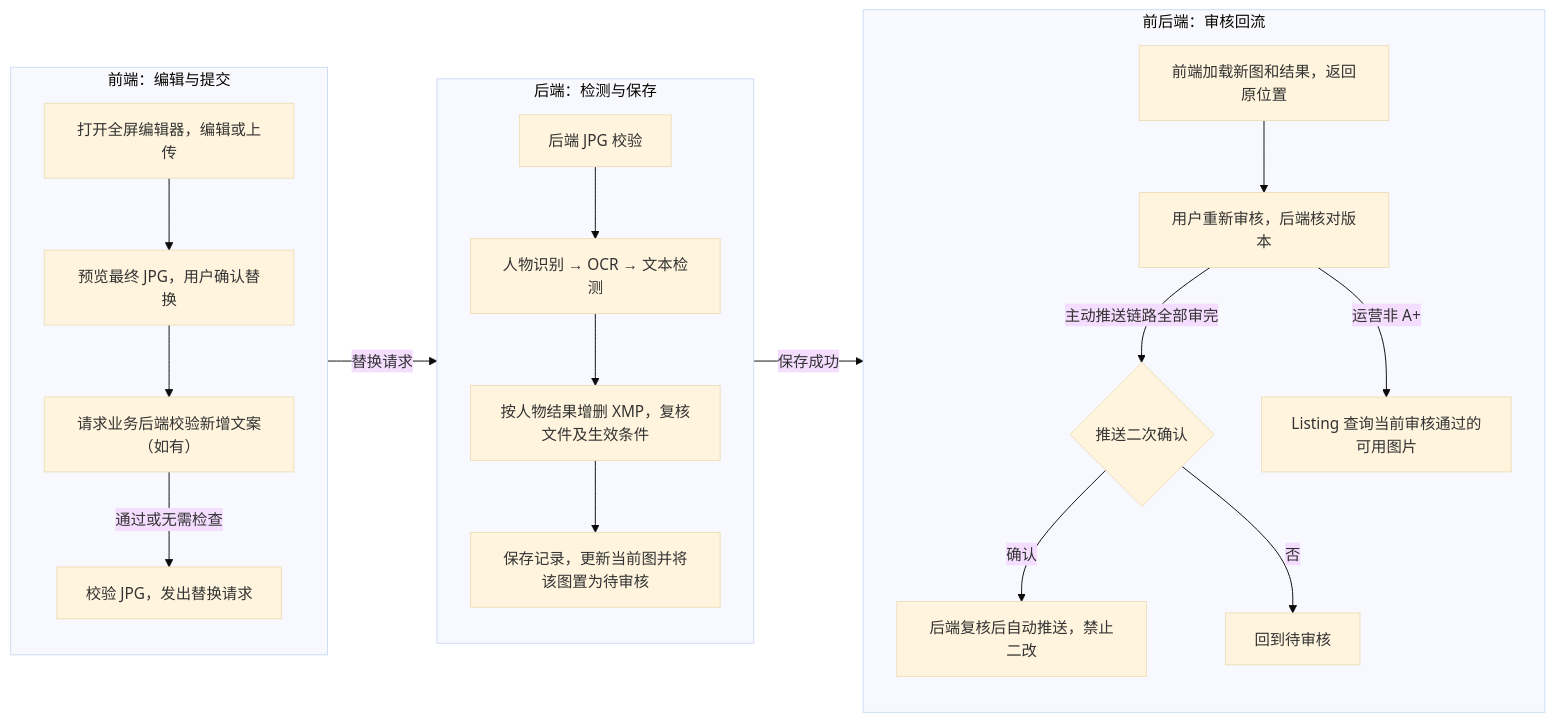
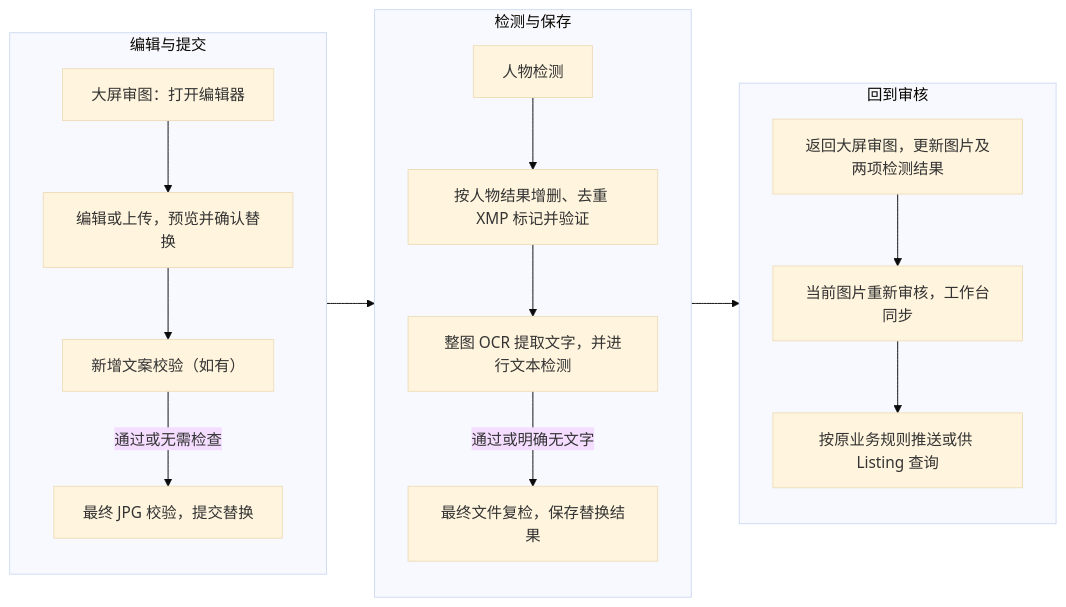
Before and after one commit to xuqiang97/ai-image-prd-hub: the diagram in prd/2026-09/M-37218-image-secondary-editing/README.md, drawn with Mermaid (base theme). The commit also changed other lines of this file, not shown here.

Commit message:
docs: align M-37218 review flow and XMP processing order (#37)

````diff
--- a/prd/2026-09/M-37218-image-secondary-editing/README.md
+++ b/prd/2026-09/M-37218-image-secondary-editing/README.md
@@ -54,25 +54,24 @@
 ```mermaid
 flowchart LR
-    subgraph Edit["前端：编辑与提交"]
+    subgraph Edit["编辑与提交"]
         direction TB
-        A["打开全屏编辑器，编辑或上传"] --> B["预览最终 JPG，用户确认替换"]
-        B --> C["请求业务后端校验新增文案（如有）"]
-        C -->|通过或无需检查| D["校验 JPG，发出替换请求"]
+        A["大屏审图：打开编辑器"] --> B["编辑或上传，预览并确认替换"]
+        B --> C["新增文案校验（如有）"]
+        C -->|通过或无需检查| D["最终 JPG 校验，提交替换"]
     end
-    subgraph Replace["后端：检测与保存"]
+
+    subgraph Detect["检测与保存"]
         direction TB
-        E["后端 JPG 校验"] --> F["人物识别 → OCR → 文本检测"]
-        F --> G["按人物结果增删 XMP，复核文件及生效条件"]
-        G --> H["保存记录，更新当前图并将该图置为待审核"]
+        E["人物检测"] --> F["按人物结果增删、去重 XMP 标记并验证"]
+        F --> G["整图 OCR 提取文字，并进行文本检测"]
+        G -->|通过或明确无文字| H["最终文件复检，保存替换结果"]
     end
-    subgraph Review["前后端：审核回流"]
+
+    subgraph Review["回到审核"]
         direction TB
-        I["前端加载新图和结果，返回原位置"] --> J["用户重新审核，后端核对版本"]
-        J -->|主动推送链路全部审完| K{"推送二次确认"}
-        K -->|确认| M["后端复核后自动推送，禁止二改"]
-        K -->|否| N["回到待审核"]
-        J -->|运营非 A+| L["Listing 查询当前审核通过的可用图片"]
+        I["返回大屏审图，更新图片及两项检测结果"] --> J["当前图片重新审核，工作台同步"]
+        J --> K["按原业务规则推送或供 Listing 查询"]
     end
-    Edit -->|替换请求| Replace
-    Replace -->|保存成功| Review
+
+    Edit --> Detect --> Review
 ```
````
